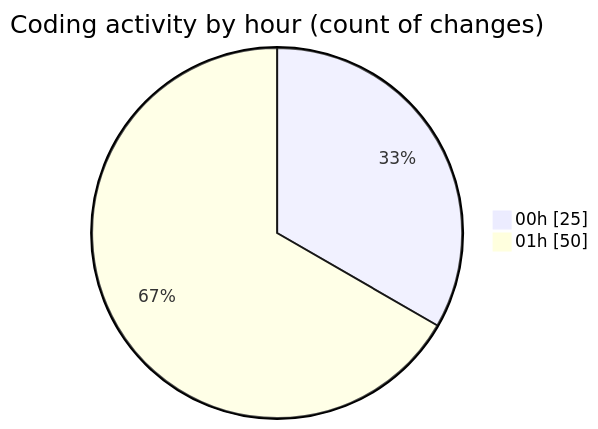
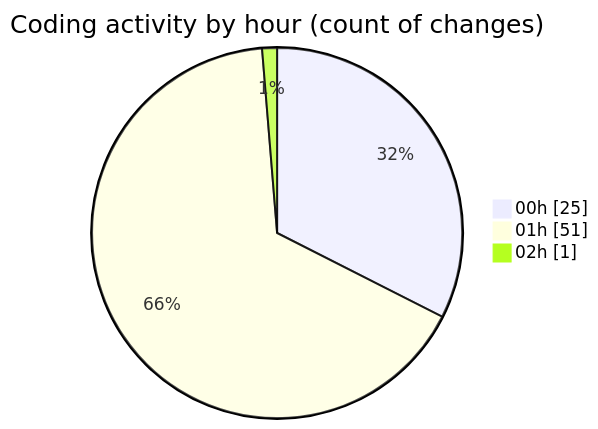
Before and after one commit to lephambinh05/code-tracking: the second of 2 diagrams in 2025-07-14/rentotp/README.md, drawn with Mermaid. The commit also changed other lines of this file and 1 other file, not shown here.

````diff
--- a/2025-07-14/rentotp/README.md
+++ b/2025-07-14/rentotp/README.md
@@ -54,6 +54,7 @@
 ```mermaid
 pie showData
 title Coding activity by hour (count of changes)
 "00h" : 25
-"01h" : 50
+"01h" : 51
+"02h" : 1
 ```
````
